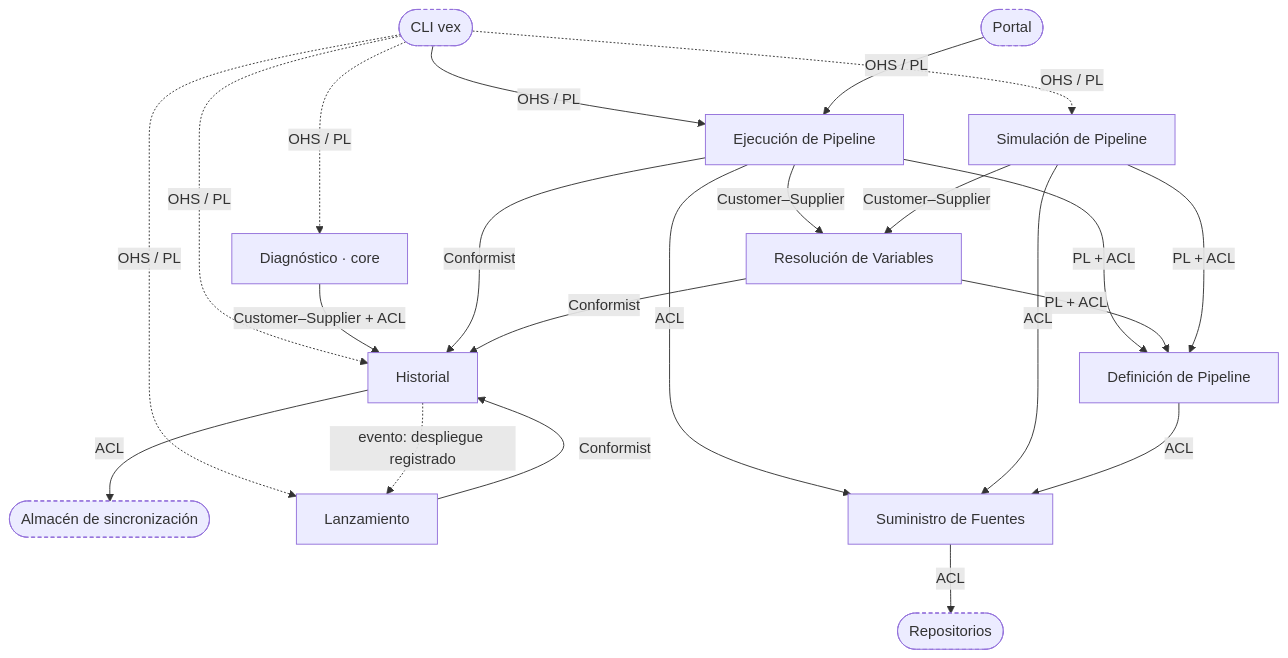
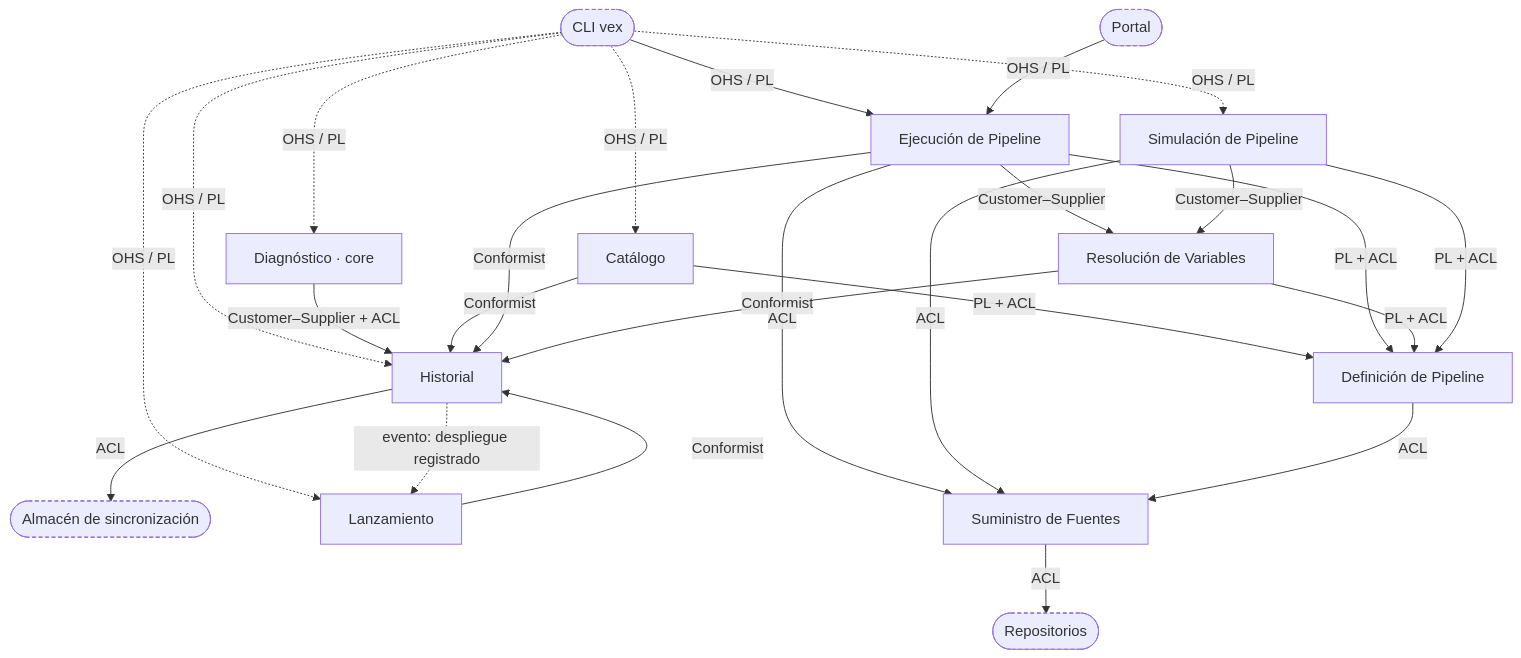
Before and after one commit to jairoprogramador/vex-engine: the diagram in docs/modelo/context-map.md, drawn with Mermaid. The commit also changed other lines of this file and 86 other files, not shown here.

````diff
--- a/docs/modelo/context-map.md
+++ b/docs/modelo/context-map.md
@@ -34,38 +34,41 @@
 ```mermaid
 flowchart TB
   CLI([CLI vex]):::ext
   POR([Portal]):::ext
   GIT([Repositorios]):::ext
   ALM([Almacén de sincronización]):::ext
 
   DIAG[Diagnóstico · core]
   LAN[Lanzamiento]
+  CAT[Catálogo]
   EJE[Ejecución de Pipeline]
   SIM[Simulación de Pipeline]
   RES[Resolución de Variables]
   DEF[Definición de Pipeline]
   HIST[Historial]
   SUM[Suministro de Fuentes]
 
   CLI -- OHS / PL --> EJE
   POR -- OHS / PL --> EJE
-  CLI -. OHS / PL .-> DIAG & LAN & SIM & HIST
+  CLI -. OHS / PL .-> DIAG & LAN & CAT & SIM & HIST
 
   DIAG -- "Customer–Supplier + ACL" --> HIST
   LAN -- Conformist --> HIST
+  CAT -- Conformist --> HIST
+  CAT -- "PL + ACL" --> DEF
   EJE -- Conformist --> HIST
   RES -- Conformist --> HIST
   EJE -- "Customer–Supplier" --> RES
   SIM -- "Customer–Supplier" --> RES
   EJE -- "PL + ACL" --> DEF
   RES -- "PL + ACL" --> DEF
   SIM -- "PL + ACL" --> DEF
   EJE -- ACL --> SUM
   SIM -- ACL --> SUM
   DEF -- ACL --> SUM
   HIST -- ACL --> ALM
   SUM -- ACL --> GIT
   HIST -. "evento: despliegue registrado" .-> LAN
 
   classDef ext stroke-dasharray: 4 3
 ```
````
